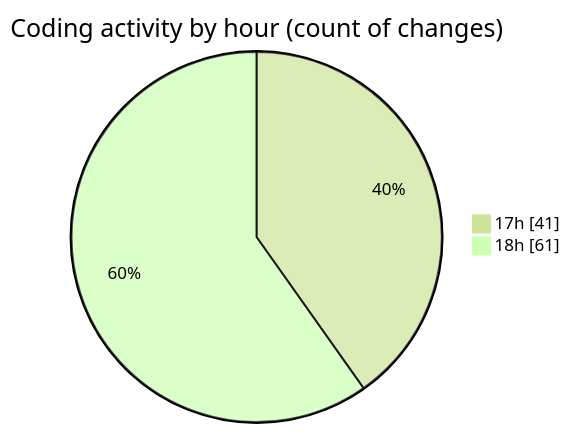
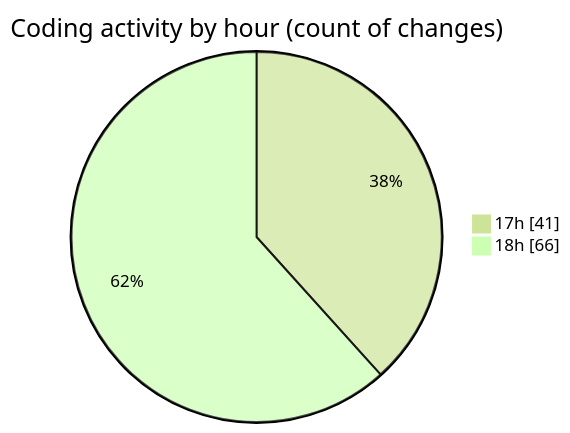
Before and after one commit to momahboobian/code-tracking: the second of 2 diagrams in 2025-03-20/cda/README.md, drawn with Mermaid (forest theme). The commit also changed other lines of this file and 1 other file, not shown here.

````diff
--- a/2025-03-20/cda/README.md
+++ b/2025-03-20/cda/README.md
@@ -34,6 +34,6 @@
 ```mermaid
 pie showData
 title Coding activity by hour (count of changes)
 "17h" : 41
-"18h" : 61
+"18h" : 66
 ```
````
